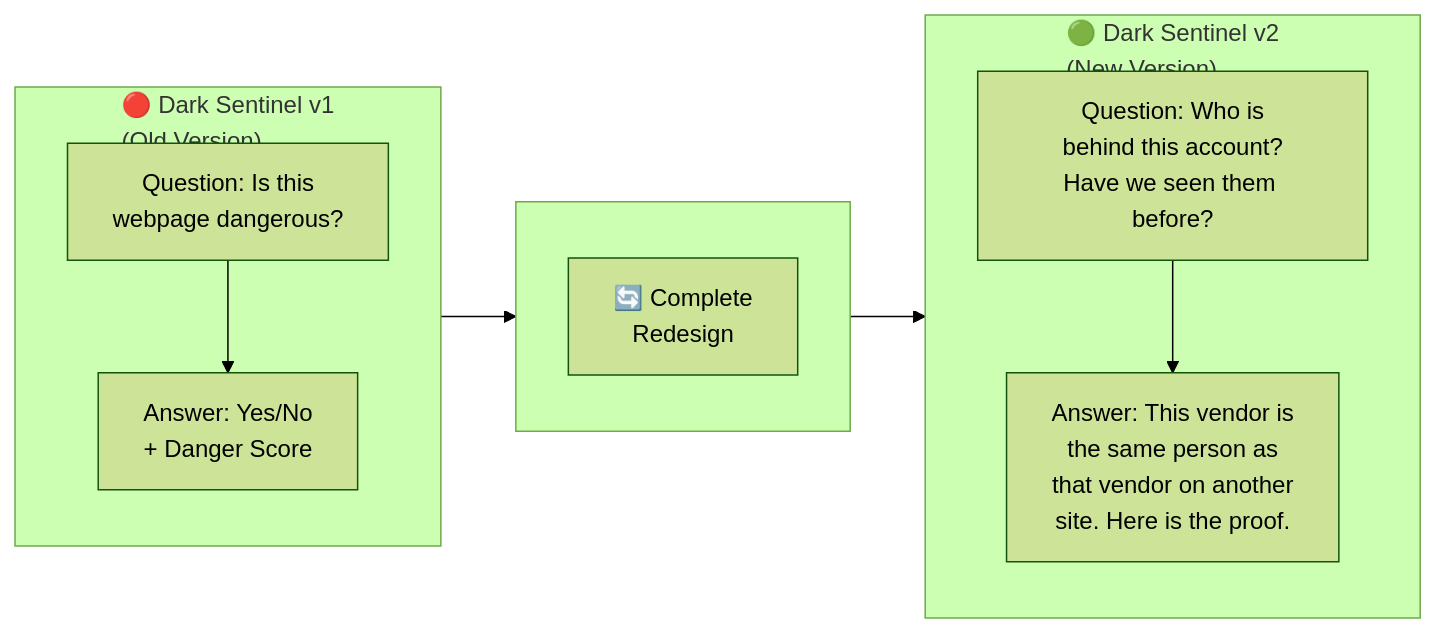
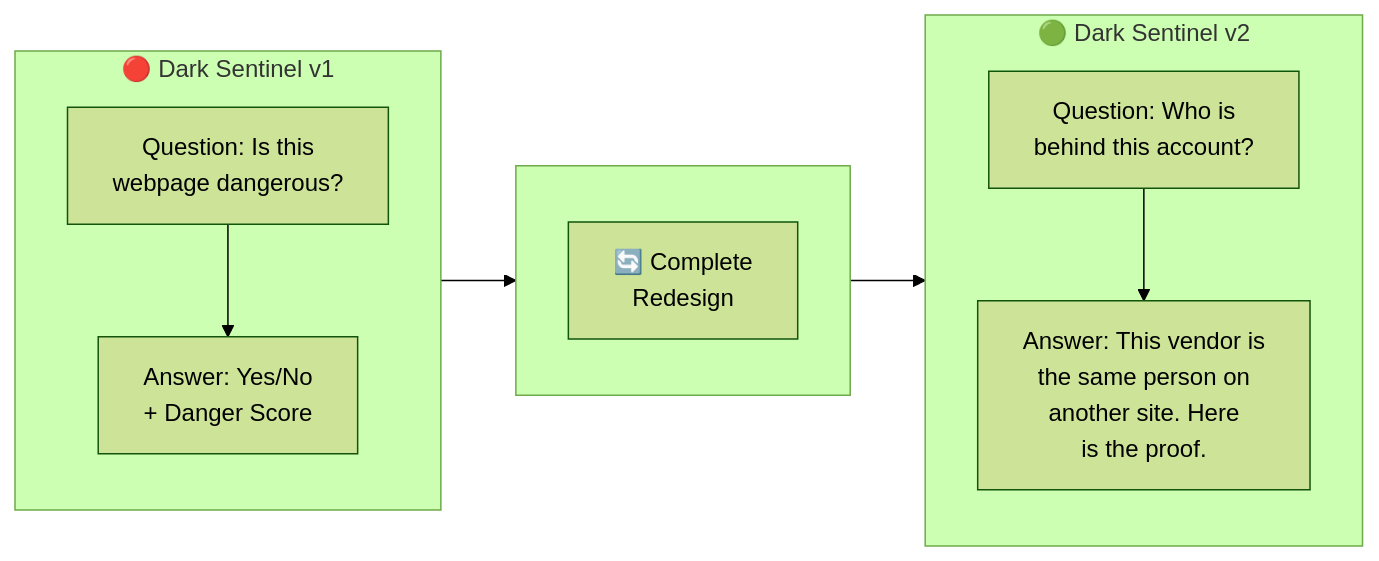
The fourth of 16 diagrams in docs/PROJECT_DOCUMENTATION.md (shubechavan/sih-bombil), drawn with Mermaid (forest theme) before and after one commit. The commit also changed other lines of this file and 12 other files, not shown here.

````diff
--- a/docs/PROJECT_DOCUMENTATION.md
+++ b/docs/PROJECT_DOCUMENTATION.md
@@ -152,21 +149,20 @@
 ```mermaid
 flowchart LR
-    subgraph V1["🔴 Dark Sentinel v1<br/>(Old Version)"]
+    subgraph V1["🔴 Dark Sentinel v1"]
         V1Q["Question: Is this<br/>webpage dangerous?"]
         V1A["Answer: Yes/No<br/>+ Danger Score"]
         V1Q --> V1A
     end
 
     subgraph ARROW[" "]
-        direction TB
         TR["🔄 Complete<br/>Redesign"]
     end
 
-    subgraph V2["🟢 Dark Sentinel v2<br/>(New Version)"]
-        V2Q["Question: Who is<br/>behind this account?<br/>Have we seen them before?"]
-        V2A["Answer: This vendor is<br/>the same person as<br/>that vendor on another<br/>site. Here is the proof."]
+    subgraph V2["🟢 Dark Sentinel v2"]
+        V2Q["Question: Who is<br/>behind this account?"]
+        V2A["Answer: This vendor is<br/>the same person on<br/>another site. Here<br/>is the proof."]
         V2Q --> V2A
     end
 
     V1 --> ARROW --> V2
 ```
````
